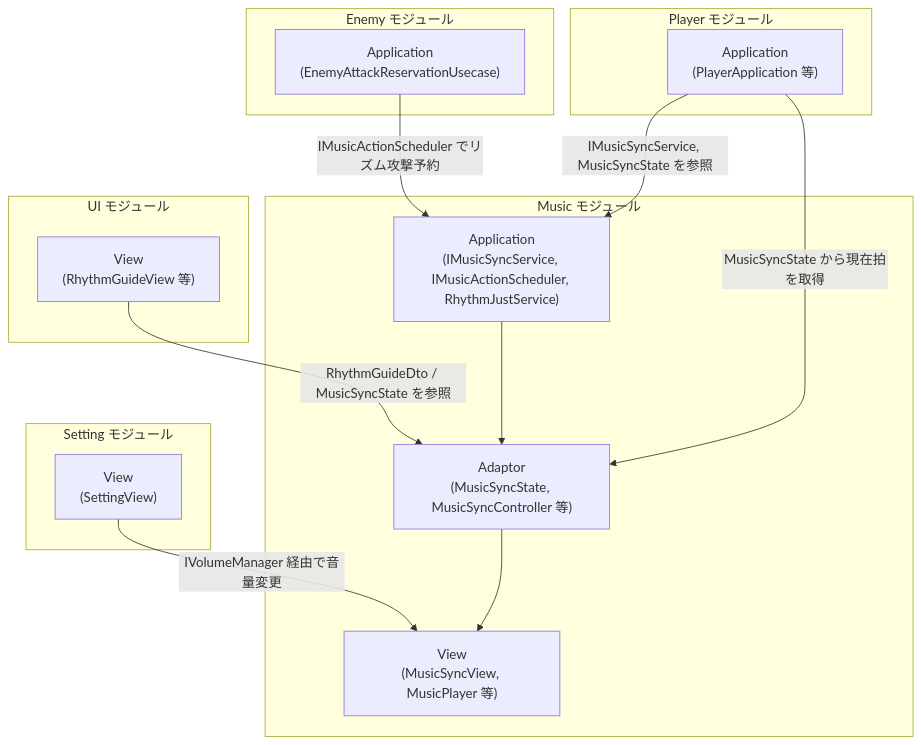
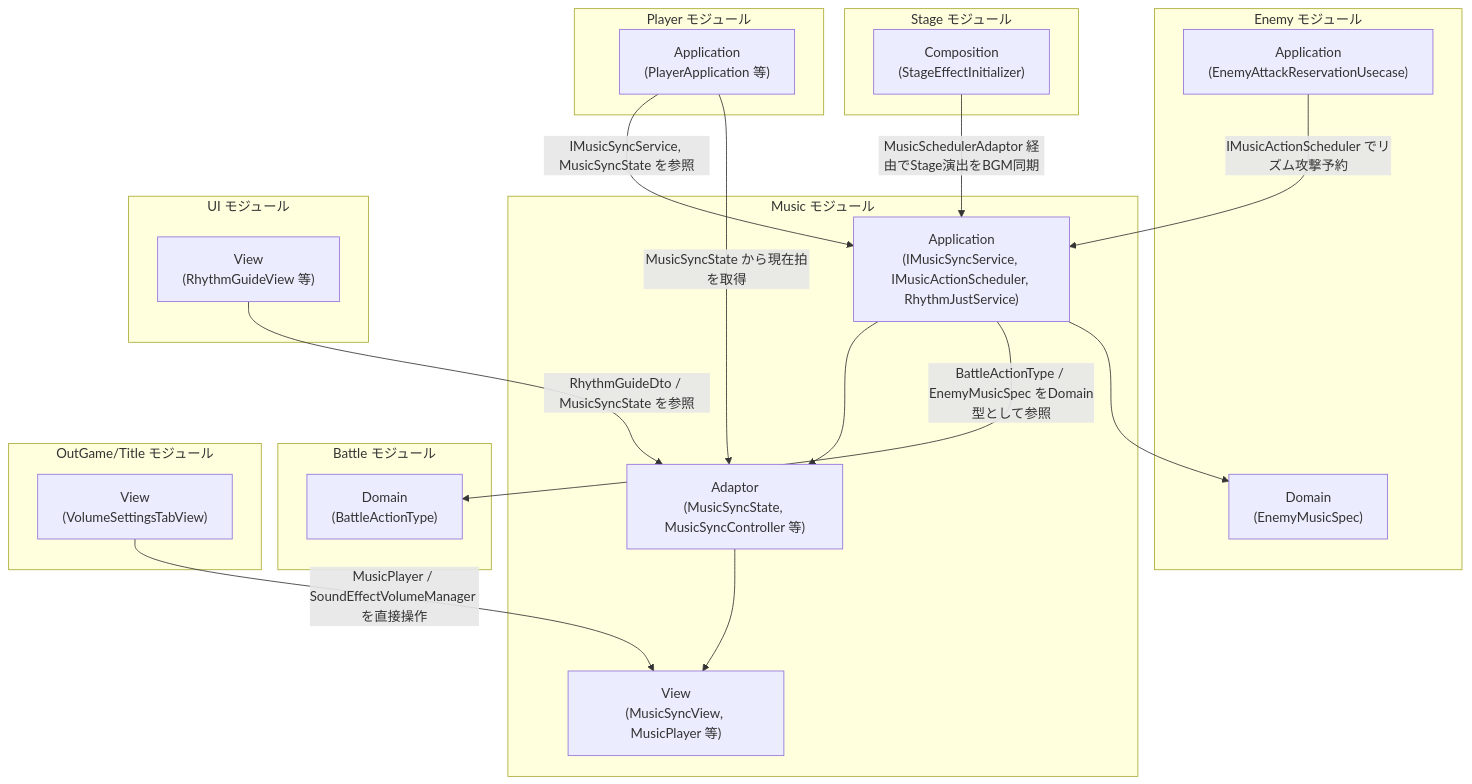
The first of 4 diagrams in Assets/Docs/ScriptsDocs/Modules/NotionModuleDocs/Music.md (HIBIKI5201/SymphonyKillChord), drawn with Mermaid before and after one commit. The commit also changed other lines of this file and 60 other files, not shown here.

````diff
--- a/Assets/Docs/ScriptsDocs/Modules/NotionModuleDocs/Music.md
+++ b/Assets/Docs/ScriptsDocs/Modules/NotionModuleDocs/Music.md
@@ -36,34 +39,46 @@
 ```mermaid
 graph TD
     %% 定義 (接続のないレイヤーは省略)
     subgraph MusicModule [Music モジュール]
         M_App["Application\n(IMusicSyncService, IMusicActionScheduler, RhythmJustService)"]
         M_Adaptor["Adaptor\n(MusicSyncState, MusicSyncController 等)"]
         M_View["View\n(MusicSyncView, MusicPlayer 等)"]
         M_App --> M_Adaptor
         M_Adaptor --> M_View
     end
 
     subgraph PlayerModule [Player モジュール]
         P_App["Application\n(PlayerApplication 等)"]
     end
 
     subgraph EnemyModule [Enemy モジュール]
         E_App["Application\n(EnemyAttackReservationUsecase)"]
+        E_Domain["Domain\n(EnemyMusicSpec)"]
+    end
+
+    subgraph BattleModule [Battle モジュール]
+        B_Domain["Domain\n(BattleActionType)"]
+    end
+
+    subgraph StageModule [Stage モジュール]
+        ST_Composition["Composition\n(StageEffectInitializer)"]
     end
 
     subgraph UIModule [UI モジュール]
         UI_View["View\n(RhythmGuideView 等)"]
     end
 
-    subgraph SettingModule [Setting モジュール]
-        S_View["View\n(SettingView)"]
+    subgraph TitleModule [OutGame/Title モジュール]
+        T_View["View\n(VolumeSettingsTabView)"]
     end
 
     %% 依存関係
     P_App -->|"IMusicSyncService, MusicSyncState を参照"| M_App
     P_App -->|"MusicSyncState から現在拍を取得"| M_Adaptor
     E_App -->|"IMusicActionScheduler でリズム攻撃予約"| M_App
+    M_App -->|"BattleActionType / EnemyMusicSpec をDomain型として参照"| B_Domain
+    M_App -->|"　"| E_Domain
+    ST_Composition -->|"MusicSchedulerAdaptor 経由でStage演出をBGM同期"| M_App
     UI_View -->|"RhythmGuideDto / MusicSyncState を参照"| M_Adaptor
-    S_View -->|"IVolumeManager 経由で音量変更"| M_View
+    T_View -->|"MusicPlayer / SoundEffectVolumeManager を直接操作"| M_View
 ```
````
